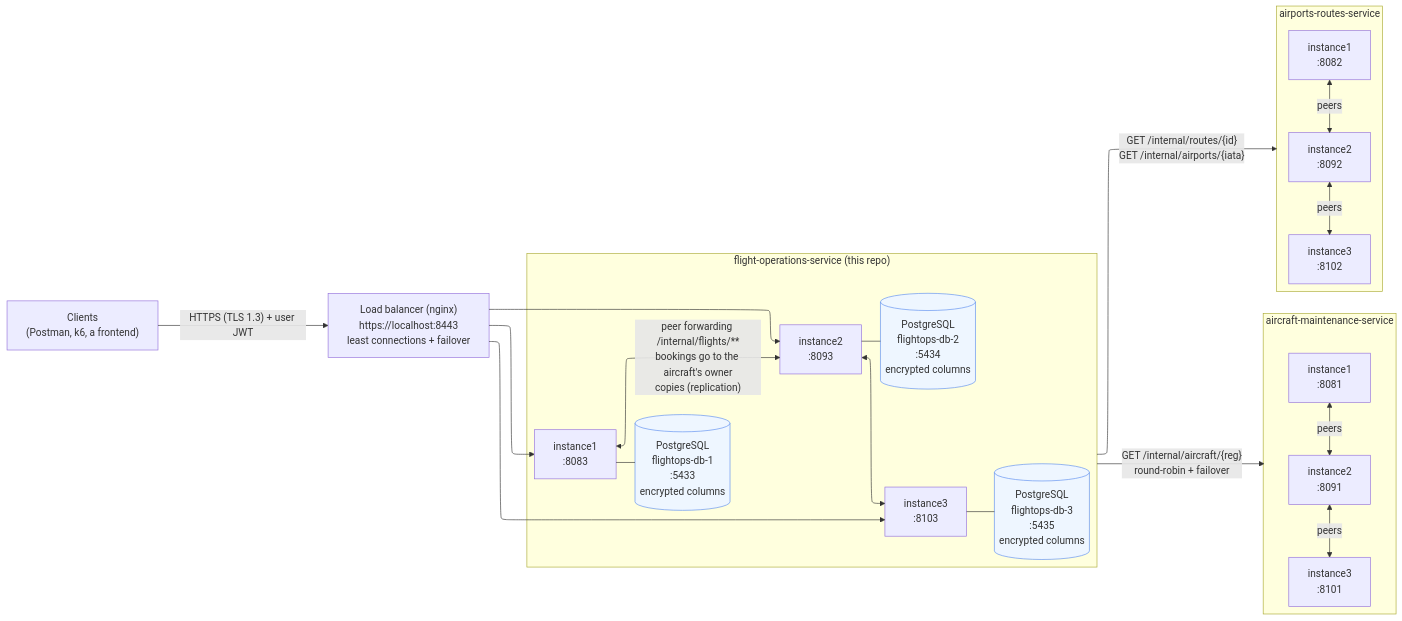
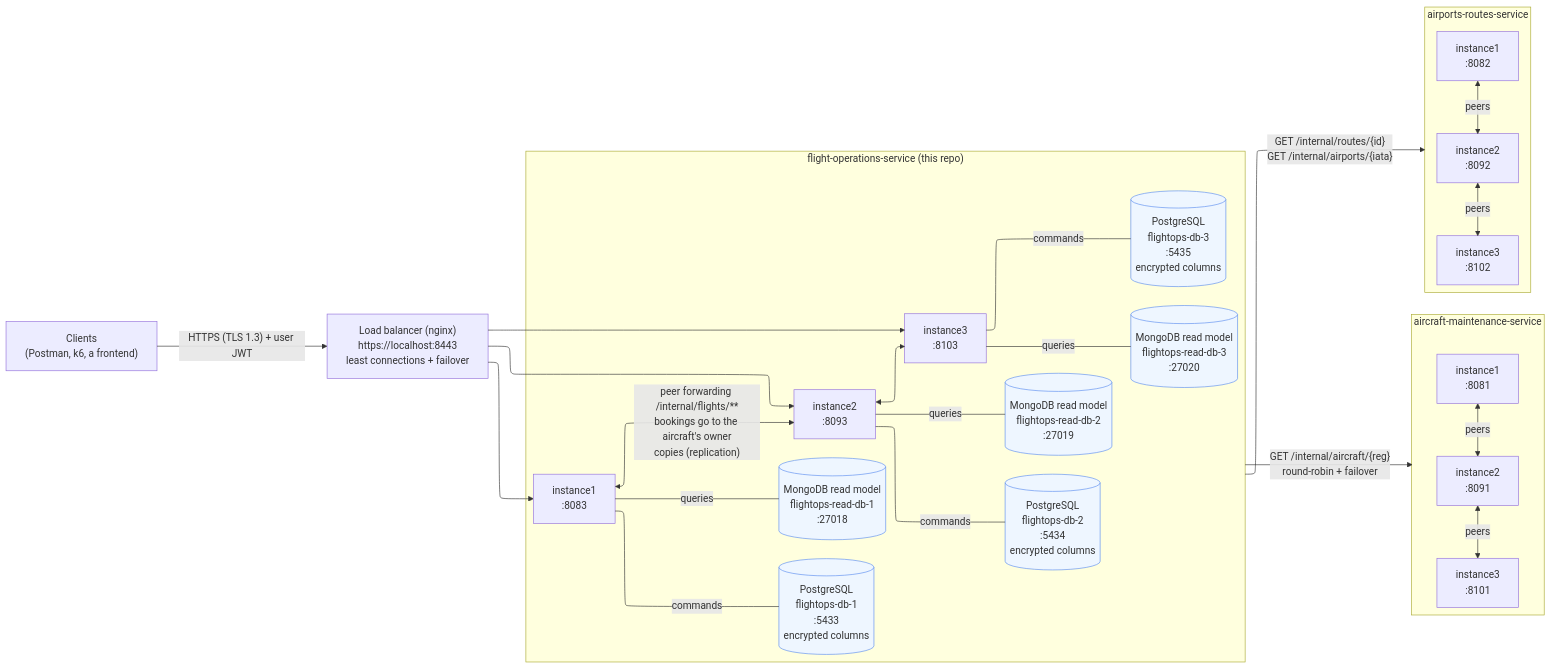
The diagram in docs/diagrams/1-system-overview.mmd (ImJay1527/flight-operations-service), drawn with Mermaid before and after one commit. The commit also changed 66 other files, not shown here.

First line of the commit message:
CQRS: queries from a MongoDB read model per instance

```diff
--- a/docs/diagrams/1-system-overview.mmd
+++ b/docs/diagrams/1-system-overview.mmd
@@ -1,52 +1,58 @@
 ---
 config:
   layout: elk
 ---
 %% PL3 p.20 - the distributed system: 3 components x 3 instances, each flight-ops instance with its own database
 %% (docker-compose; on Kubernetes the same picture with pods flightops-0..N-1 found through DNS, see k8s/)
 flowchart LR
     client["Clients<br/>(Postman, k6, a frontend)"]
     lb["Load balancer (nginx)<br/>https://localhost:8443<br/>least connections + failover"]
 
     subgraph FO["flight-operations-service (this repo)"]
         direction TB
         fo1["instance1<br/>:8083"]
         fo2["instance2<br/>:8093"]
         fo3["instance3<br/>:8103"]
         db1[("PostgreSQL<br/>flightops-db-1<br/>:5433<br/>encrypted columns")]
         db2[("PostgreSQL<br/>flightops-db-2<br/>:5434<br/>encrypted columns")]
         db3[("PostgreSQL<br/>flightops-db-3<br/>:5435<br/>encrypted columns")]
-        fo1 --- db1
-        fo2 --- db2
-        fo3 --- db3
+        rd1[("MongoDB read model<br/>flightops-read-db-1<br/>:27018")]
+        rd2[("MongoDB read model<br/>flightops-read-db-2<br/>:27019")]
+        rd3[("MongoDB read model<br/>flightops-read-db-3<br/>:27020")]
+        fo1 ---|commands| db1
+        fo2 ---|commands| db2
+        fo3 ---|commands| db3
+        fo1 ---|queries| rd1
+        fo2 ---|queries| rd2
+        fo3 ---|queries| rd3
         fo1 <-->|"peer forwarding /internal/flights/**<br/>bookings go to the aircraft's owner<br/>copies (replication)"| fo2
         fo2 <--> fo3
     end
 
     subgraph AM["aircraft-maintenance-service"]
         direction TB
         am1["instance1<br/>:8081"]
         am2["instance2<br/>:8091"]
         am3["instance3<br/>:8101"]
         am1 <-->|peers| am2
         am2 <-->|peers| am3
     end
 
     subgraph AR["airports-routes-service"]
         direction TB
         ar1["instance1<br/>:8082"]
         ar2["instance2<br/>:8092"]
         ar3["instance3<br/>:8102"]
         ar1 <-->|peers| ar2
         ar2 <-->|peers| ar3
     end
 
     client -->|"HTTPS (TLS 1.3) + user JWT"| lb
     lb --> fo1
     lb --> fo2
     lb --> fo3
     FO -->|"GET /internal/aircraft/{reg}<br/>round-robin + failover"| AM
     FO -->|"GET /internal/routes/{id}<br/>GET /internal/airports/{iata}"| AR
 
     classDef db fill:#eef6ff,stroke:#5b8def
-    class db1,db2,db3 db
+    class db1,db2,db3,rd1,rd2,rd3 db
```
